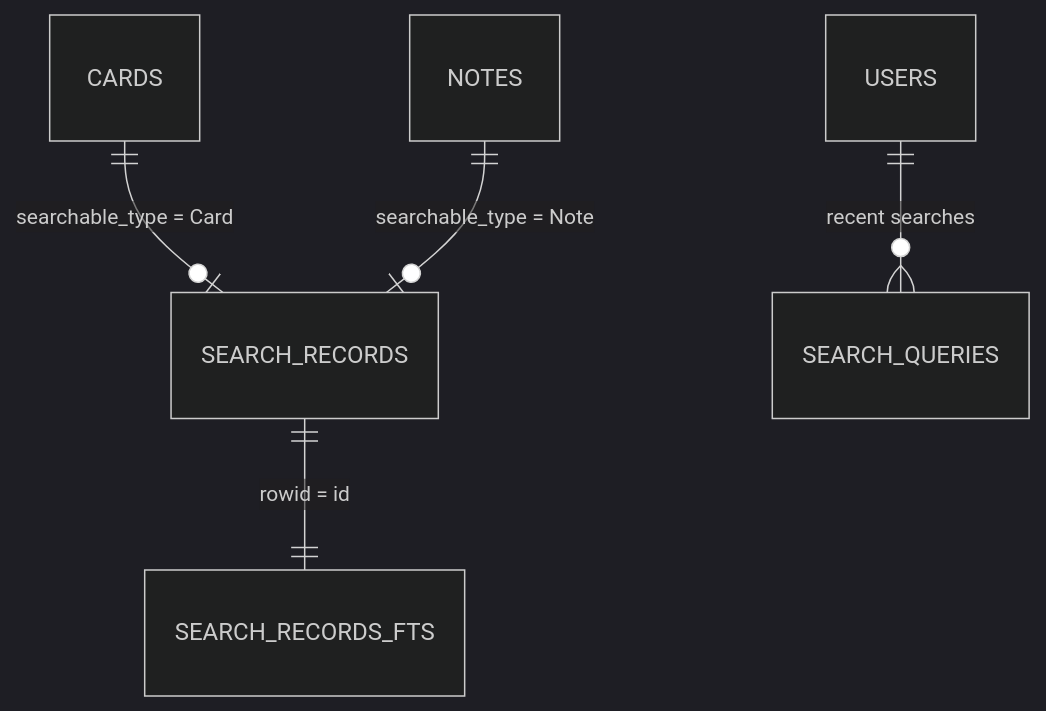
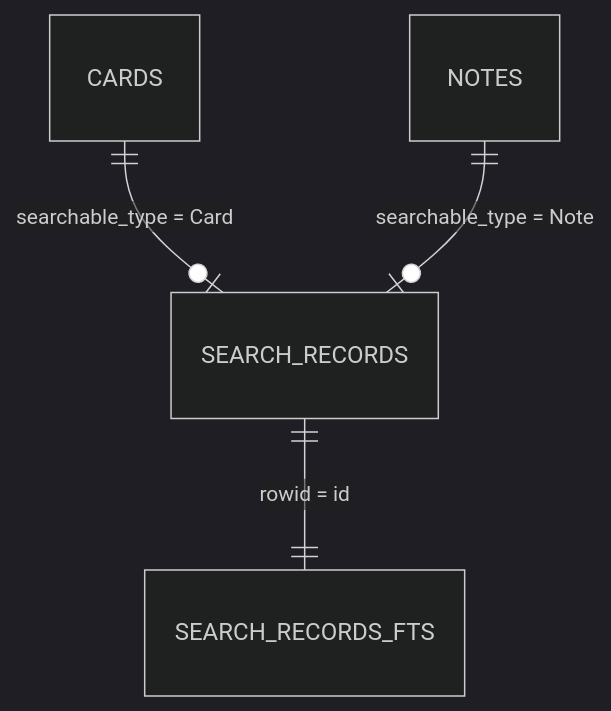
One commit to nexusaicodes/mudda changed the fifth of 5 diagrams in ERD.md. Above: the diagram before and after it, drawn with Mermaid (dark theme). The commit also changed other lines of this file and 71 other files, not shown here.

````diff
--- a/ERD.md
+++ b/ERD.md
@@ -335,7 +325,6 @@
 ```mermaid
 erDiagram
     CARDS ||--o| SEARCH_RECORDS : "searchable_type = Card"
     NOTES ||--o| SEARCH_RECORDS : "searchable_type = Note"
     SEARCH_RECORDS ||--|| SEARCH_RECORDS_FTS : "rowid = id"
-    USERS ||--o{ SEARCH_QUERIES : "recent searches"
 ```
````
